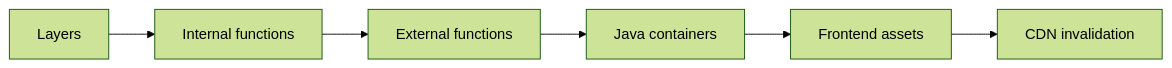
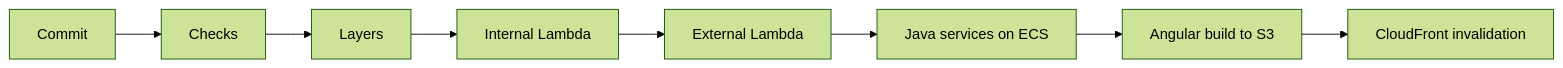
Before and after one commit to fjbatresv/sar_landing: the diagram in src/content/docs/docs/ci-cd.md, drawn with Mermaid (forest theme). The commit also changed other lines of this file and 22 other files, not shown here.

Commit message:
✨ Expand SAR architecture landing

````diff
--- a/src/content/docs/docs/ci-cd.md
+++ b/src/content/docs/docs/ci-cd.md
@@ -12,4 +14,6 @@
 ```mermaid
 flowchart LR
-  Layers --> Internal[Internal functions] --> External[External functions] --> Java[Java containers] --> Web[Frontend assets] --> CDN[CDN invalidation]
+  Commit --> Checks --> Layers --> Internal[Internal Lambda]
+  Internal --> External[External Lambda] --> Java[Java services on ECS]
+  Java --> Web[Angular build to S3] --> CDN[CloudFront invalidation]
 ```
````
